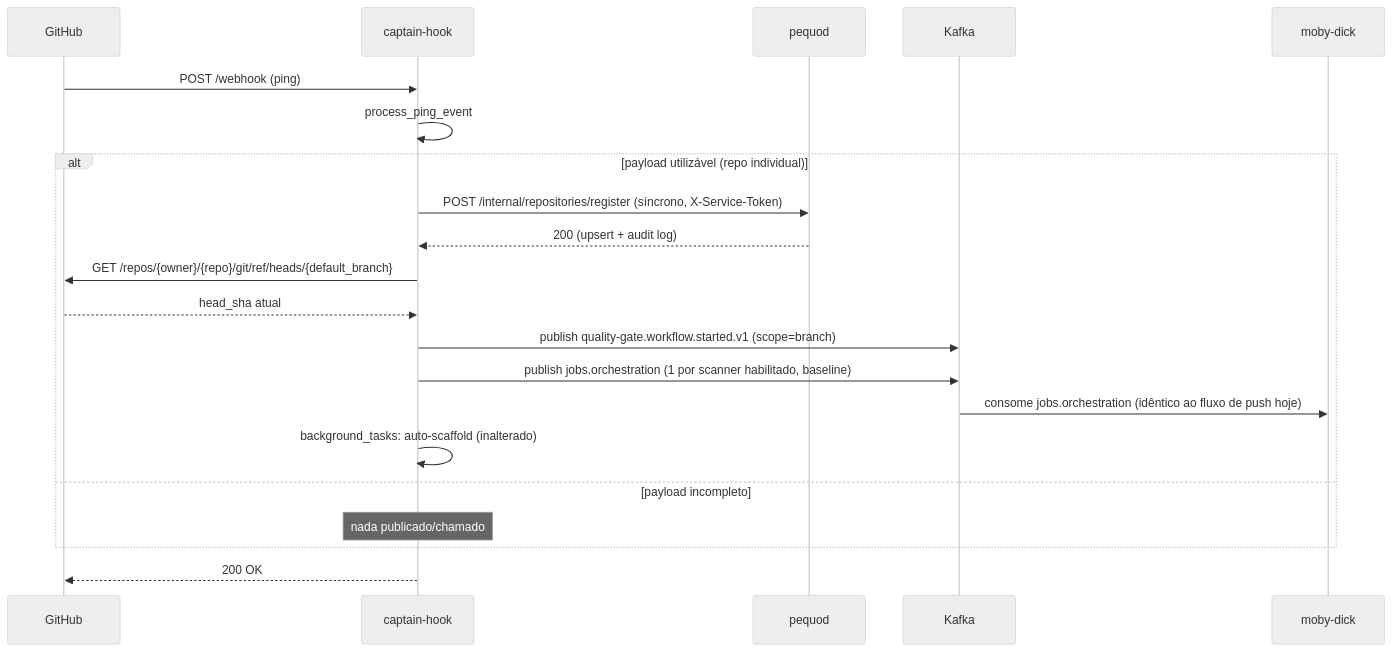
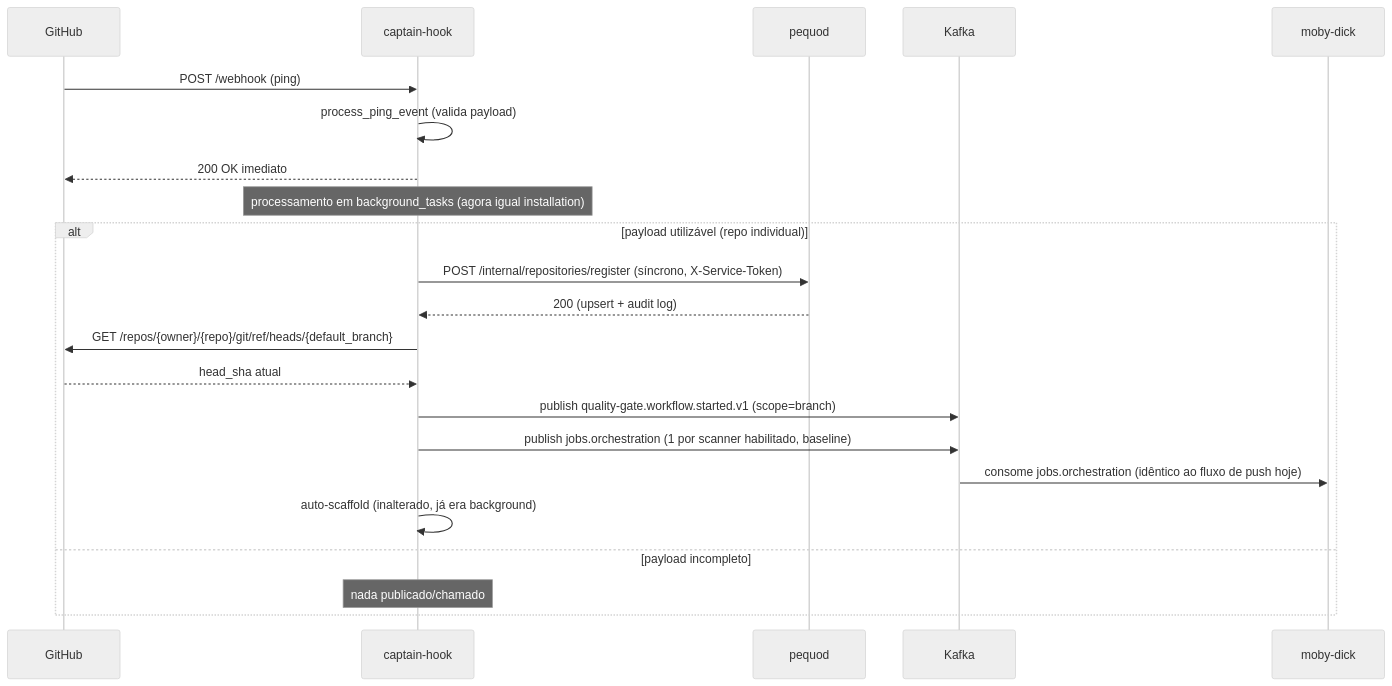
Before and after one commit to OdinEye-FIAP/aspm-docs: the first of 2 diagrams in docs/design/ping-install-rest-migration.md, drawn with Mermaid (neutral theme). The commit also changed other lines of this file, not shown here.

Commit message:
docs: ping tambem responde 200 via background_tasks (consistente c/ installation)

````diff
--- a/docs/design/ping-install-rest-migration.md
+++ b/docs/design/ping-install-rest-migration.md
@@ -75,24 +89,26 @@
 ```mermaid
 sequenceDiagram
     participant GH as GitHub
     participant CH as captain-hook
     participant PQ as pequod
     participant K as Kafka
     participant MD as moby-dick
 
     GH->>CH: POST /webhook (ping)
-    CH->>CH: process_ping_event
+    CH->>CH: process_ping_event (valida payload)
+    CH-->>GH: 200 OK imediato
+    Note over CH: processamento em background_tasks (agora igual installation)
+
     alt payload utilizável (repo individual)
         CH->>PQ: POST /internal/repositories/register (síncrono, X-Service-Token)
         PQ-->>CH: 200 (upsert + audit log)
         CH->>GH: GET /repos/{owner}/{repo}/git/ref/heads/{default_branch}
         GH-->>CH: head_sha atual
         CH->>K: publish quality-gate.workflow.started.v1 (scope=branch)
         CH->>K: publish jobs.orchestration (1 por scanner habilitado, baseline)
         K->>MD: consome jobs.orchestration (idêntico ao fluxo de push hoje)
-        CH->>CH: background_tasks: auto-scaffold (inalterado)
+        CH->>CH: auto-scaffold (inalterado, já era background)
     else payload incompleto
         Note over CH: nada publicado/chamado
     end
-    CH-->>GH: 200 OK
 ```
````
